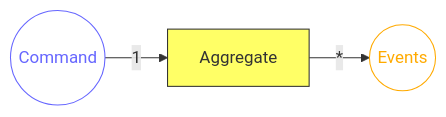
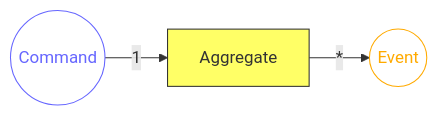
The first of 4 diagrams in packages/doc/docs/reventless-components-overview.md (ReventlessDev/reventless-core), drawn with Mermaid before and after one commit. The commit also changed other lines of this file and 1 other file, not shown here.

Commit message:
doc: improve docs for aggregate

````diff
--- a/packages/doc/docs/reventless-components-overview.md
+++ b/packages/doc/docs/reventless-components-overview.md
@@ -13,8 +17,8 @@
 ```mermaid
 graph LR
-    Command((Command)):::Command -->|1| Aggregate:::aggregate -->|*| Events((Events)):::Event
+    Command((Command)):::Command -->|1| Aggregate:::aggregate -->|*| Event((Event)):::Event
 
     classDef Command stroke:#66f,color:#66f,fill:none;
     classDef Event stroke:#fa0,color:#fa0,fill:none;
     classDef aggregate fill:#ff6,stroke:#333,color:#333;
 ```
````
